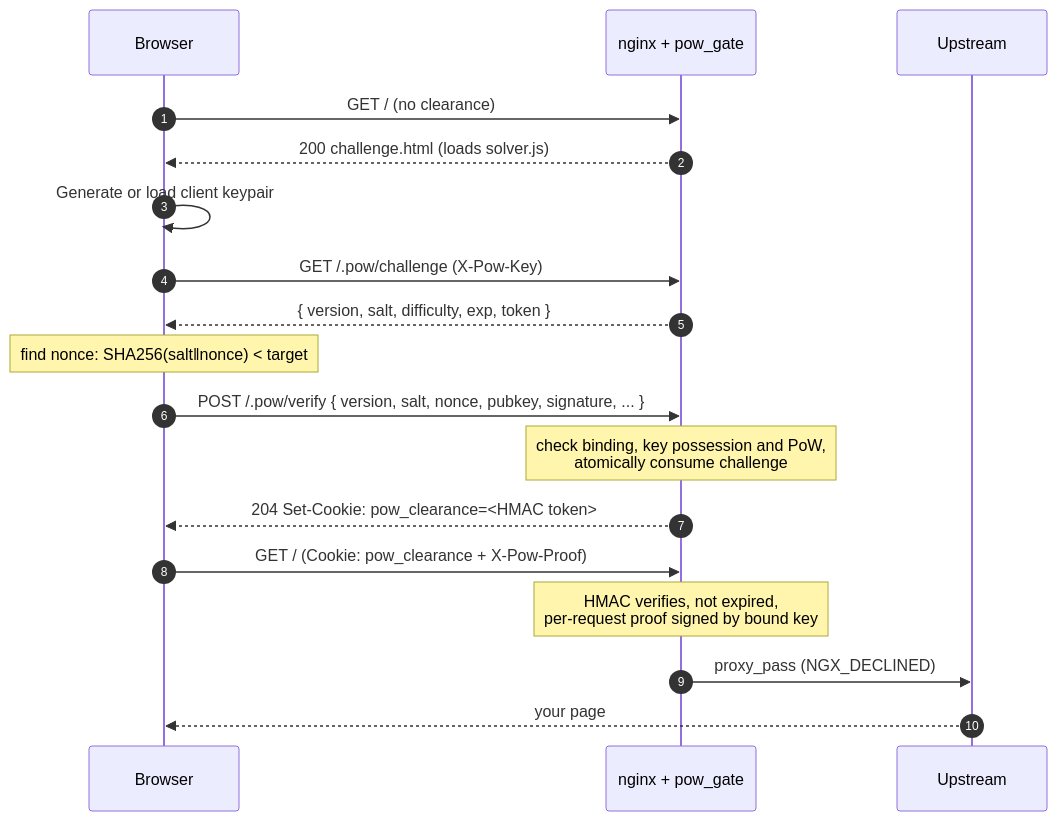
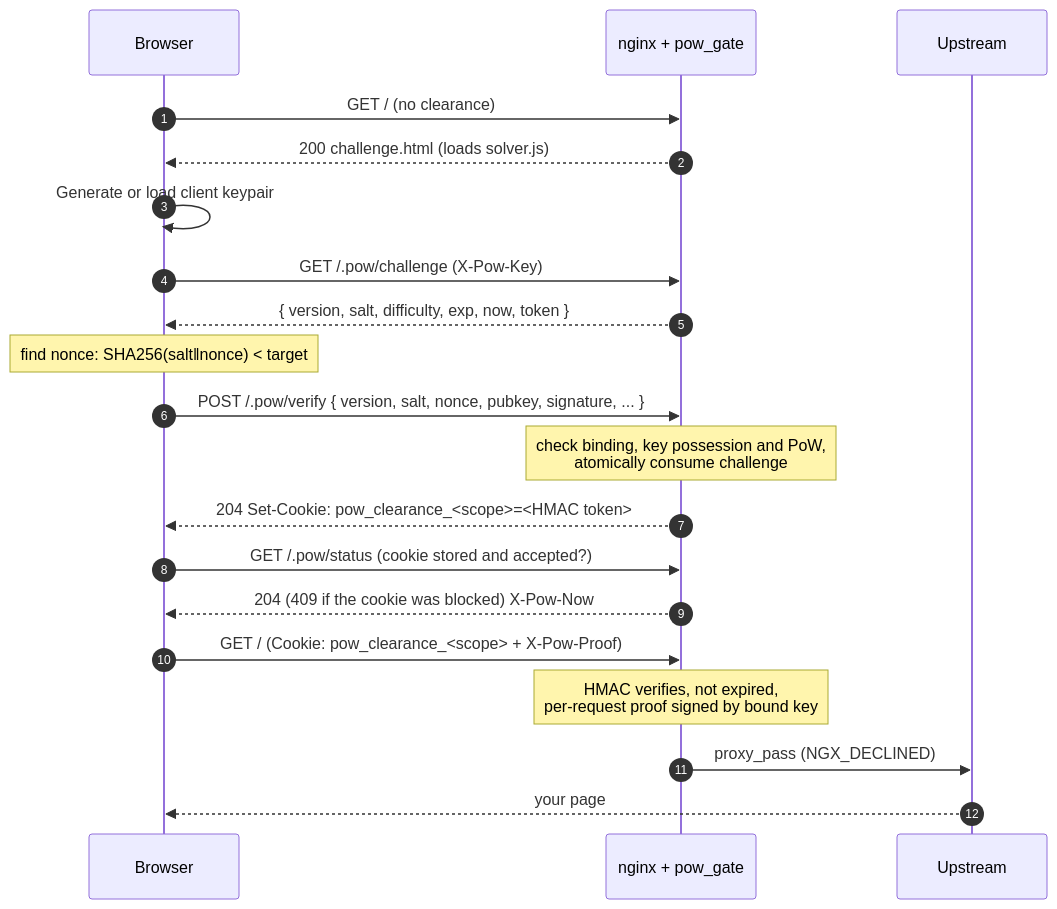
The third of 3 diagrams in README.md (teian/ngx_http_pow_gate), drawn with Mermaid before and after one commit. The commit also changed other lines of this file and 3 other files, not shown here.

````diff
--- a/README.md
+++ b/README.md
@@ -140,24 +148,27 @@
 ```mermaid
 sequenceDiagram
     autonumber
     participant B as Browser
     participant M as nginx + pow_gate
     participant U as Upstream
 
     B->>M: GET /  (no clearance)
     M-->>B: 200 challenge.html  (loads solver.js)
 
     B->>B: Generate or load client keypair
     B->>M: GET /.pow/challenge (X-Pow-Key)
-    M-->>B: { version, salt, difficulty, exp, token }
+    M-->>B: { version, salt, difficulty, exp, now, token }
     Note over B: find nonce: SHA256(salt‖nonce) < target
 
     B->>M: POST /.pow/verify { version, salt, nonce, pubkey, signature, ... }
     Note over M: check binding, key possession and PoW,<br/>atomically consume challenge
-    M-->>B: 204  Set-Cookie: pow_clearance=<HMAC token>
+    M-->>B: 204  Set-Cookie: pow_clearance_<scope>=<HMAC token>
 
-    B->>M: GET /  (Cookie: pow_clearance + X-Pow-Proof)
+    B->>M: GET /.pow/status  (cookie stored and accepted?)
+    M-->>B: 204 (409 if the cookie was blocked)  X-Pow-Now
+
+    B->>M: GET /  (Cookie: pow_clearance_<scope> + X-Pow-Proof)
     Note over M: HMAC verifies, not expired,<br/>per-request proof signed by bound key
     M->>U: proxy_pass (NGX_DECLINED)
     U-->>B: your page
 ```
````
